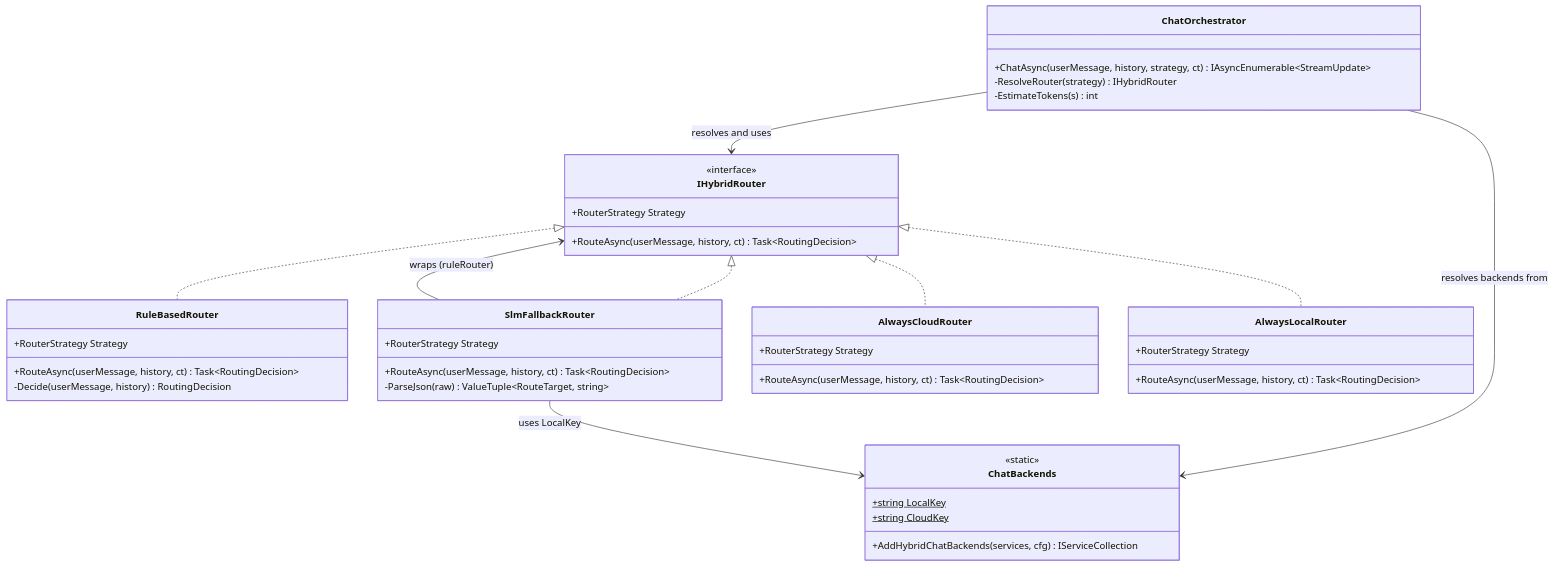
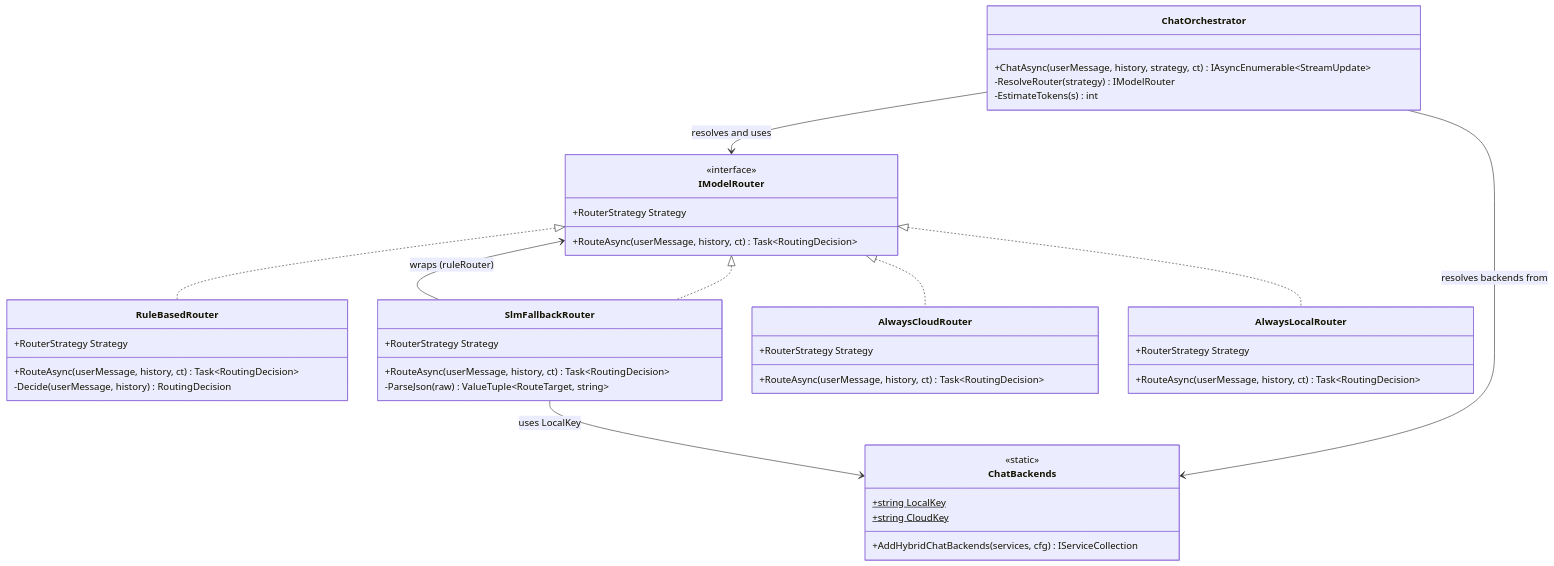
Before and after one commit to dpcons/HybridPingPong: the first of 3 diagrams in src/HybridPingPong.Core/README.md, drawn with Mermaid. The commit also changed 8 other files, not shown here.

Commit message:
refactor: replace IHybridRouter with IModelRouter and update related implementations

````diff
--- a/src/HybridPingPong.Core/README.md
+++ b/src/HybridPingPong.Core/README.md
@@ -19,52 +19,52 @@
 ```mermaid
 classDiagram
-    class IHybridRouter {
+    class IModelRouter {
         <<interface>>
         +RouterStrategy Strategy
         +RouteAsync(userMessage, history, ct) Task~RoutingDecision~
     }
 
     class RuleBasedRouter {
         +RouterStrategy Strategy
         +RouteAsync(userMessage, history, ct) Task~RoutingDecision~
         -Decide(userMessage, history) RoutingDecision
     }
 
     class SlmFallbackRouter {
         +RouterStrategy Strategy
         +RouteAsync(userMessage, history, ct) Task~RoutingDecision~
         -ParseJson(raw) ValueTuple~RouteTarget, string~
     }
 
     class AlwaysCloudRouter {
         +RouterStrategy Strategy
         +RouteAsync(userMessage, history, ct) Task~RoutingDecision~
     }
 
     class AlwaysLocalRouter {
         +RouterStrategy Strategy
         +RouteAsync(userMessage, history, ct) Task~RoutingDecision~
     }
 
     class ChatBackends {
         <<static>>
         +string LocalKey$
         +string CloudKey$
         +AddHybridChatBackends(services, cfg) IServiceCollection
     }
 
     class ChatOrchestrator {
         +ChatAsync(userMessage, history, strategy, ct) IAsyncEnumerable~StreamUpdate~
-        -ResolveRouter(strategy) IHybridRouter
+        -ResolveRouter(strategy) IModelRouter
         -EstimateTokens(s) int
     }
 
-    IHybridRouter <|.. RuleBasedRouter
-    IHybridRouter <|.. SlmFallbackRouter
-    IHybridRouter <|.. AlwaysCloudRouter
-    IHybridRouter <|.. AlwaysLocalRouter
-    SlmFallbackRouter --> IHybridRouter : wraps (ruleRouter)
-    ChatOrchestrator --> IHybridRouter : resolves and uses
+    IModelRouter <|.. RuleBasedRouter
+    IModelRouter <|.. SlmFallbackRouter
+    IModelRouter <|.. AlwaysCloudRouter
+    IModelRouter <|.. AlwaysLocalRouter
+    SlmFallbackRouter --> IModelRouter : wraps (ruleRouter)
+    ChatOrchestrator --> IModelRouter : resolves and uses
     ChatOrchestrator --> ChatBackends : resolves backends from
     SlmFallbackRouter --> ChatBackends : uses LocalKey
 ```
````
